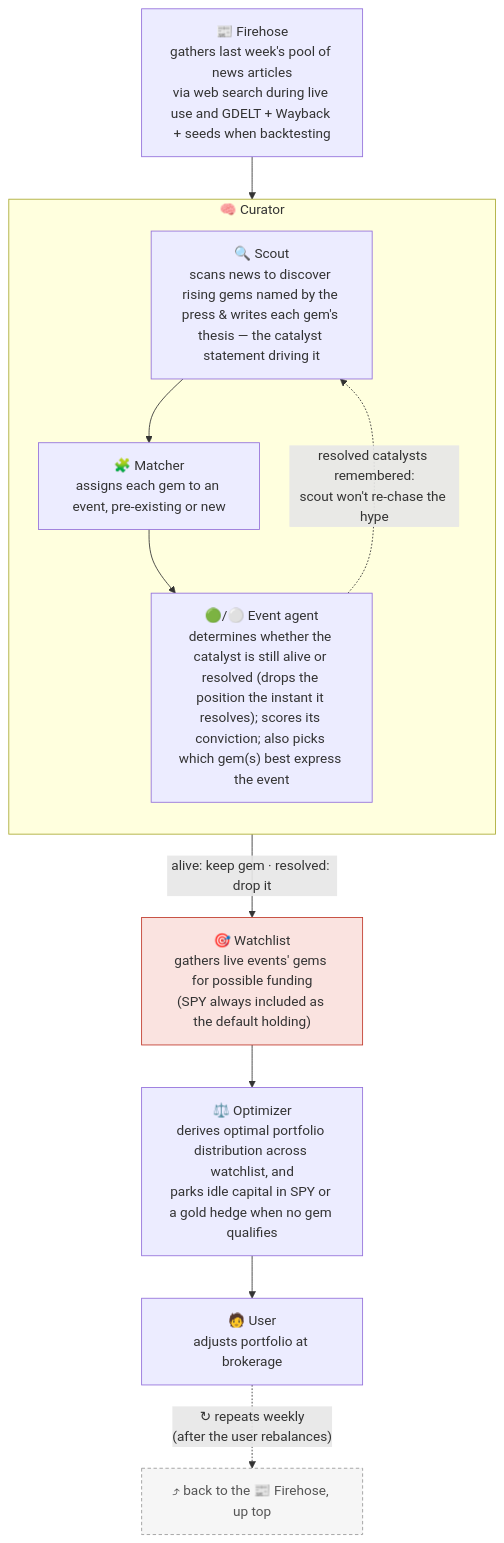
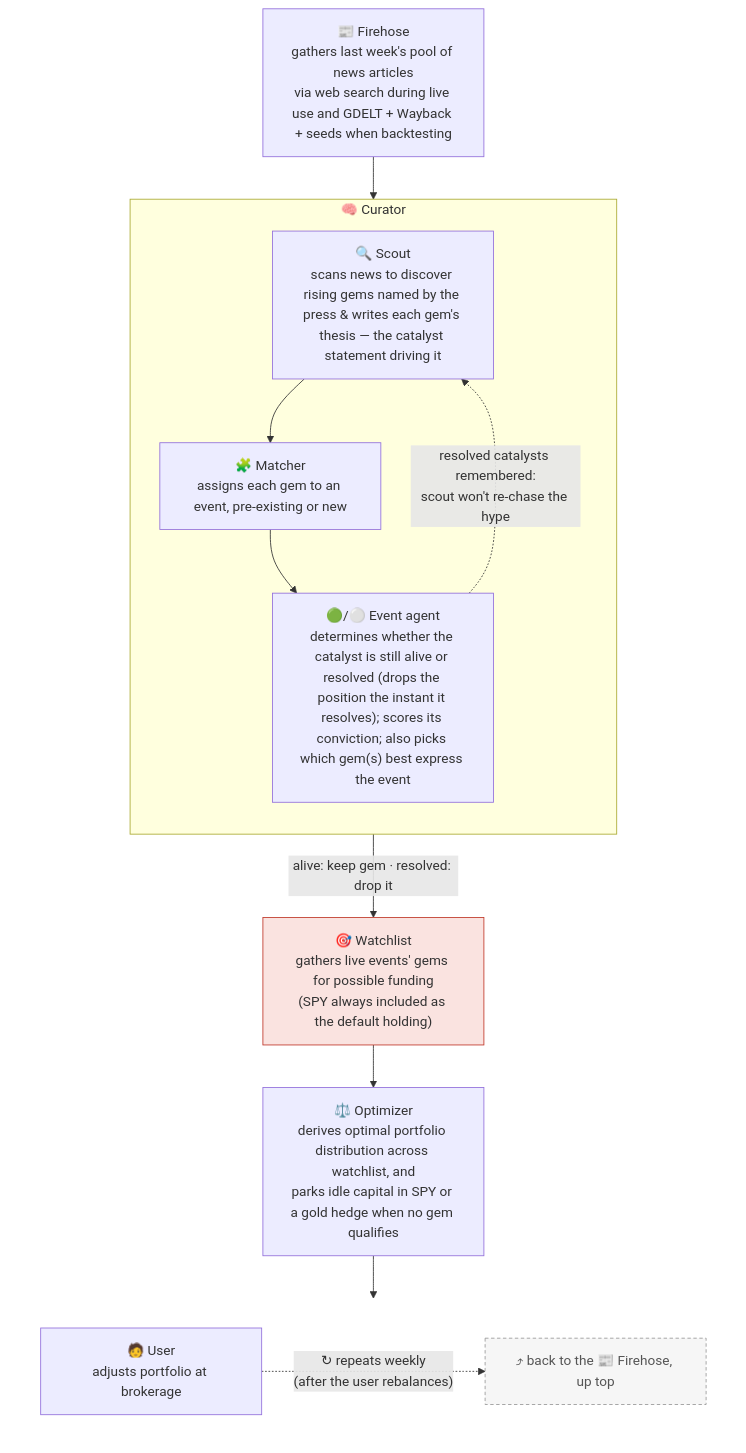
The first of 2 diagrams in README.md (joehahn/geo-herd-rider), drawn with Mermaid before and after one commit.

Commit message:
README diagram: place 'back to Firehose' hint to the RIGHT of User (LR sub-group)
User + the loop-hint node now share a row via an invisible direction:LR sub-group, so the dashed
'repeats weekly' arrow points sideways to the hint instead of downward. Firehose stays top, Curator box
intact. Verified by rendering.

````diff
--- a/README.md
+++ b/README.md
@@ -18,27 +18,30 @@
 ```mermaid
 flowchart TD
     S["📰 Firehose<br/>gathers last week's pool of news articles<br/>via web search during live use and GDELT + Wayback + seeds when backtesting"]
     S --> SC
 
     subgraph CUR["🧠 Curator"]
       direction TB
       SC["🔍 Scout<br/>scans news to discover rising gems named by the press & writes each gem's thesis — the catalyst statement driving it"]
       MA["🧩 Matcher<br/>assigns each gem to an event, pre-existing or new"]
       AG["🟢/⚪ Event agent<br/>determines whether the catalyst is still alive or resolved (drops the position the instant it resolves); scores its conviction; also picks which gem(s) best express the event"]
       SC --> MA --> AG
     end
 
     E["🎯 Watchlist<br/>gathers live events' gems for possible funding<br/>(SPY always included as the default holding)"]
     W["⚖️ Optimizer<br/>derives optimal portfolio distribution across watchlist, and<br/>parks idle capital in SPY or a gold hedge when no gem qualifies"]
-    U["🧑 User<br/>adjusts portfolio at brokerage"]
-
     AG -- "alive: keep gem · resolved: drop it" --> E
     AG -. "resolved catalysts remembered:<br/>scout won't re-chase the hype" .-> SC
     E --> W --> U
-    U -. "↻ repeats weekly<br/>(after the user rebalances)" .-> LP["⤴ back to the 📰 Firehose, up top"]
+
+    subgraph BOT[" "]
+      direction LR
+      U["🧑 User<br/>adjusts portfolio at brokerage"] -. "↻ repeats weekly<br/>(after the user rebalances)" .-> LP["⤴ back to the 📰 Firehose, up top"]
+    end
+    style BOT fill:none,stroke:none
 
     classDef loop fill:#f6f6f6,stroke:#999,stroke-dasharray:4 3,color:#555;
     class LP loop
     classDef bet fill:#fae3e0,stroke:#c0392b;
     class E bet
 ```
````
